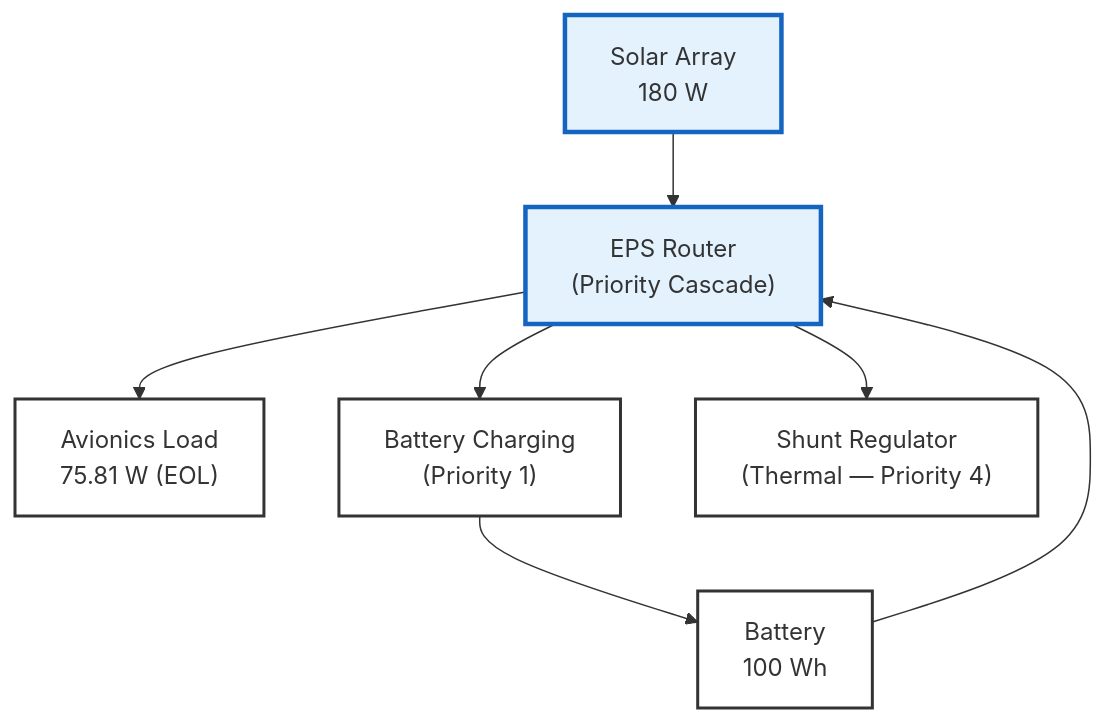
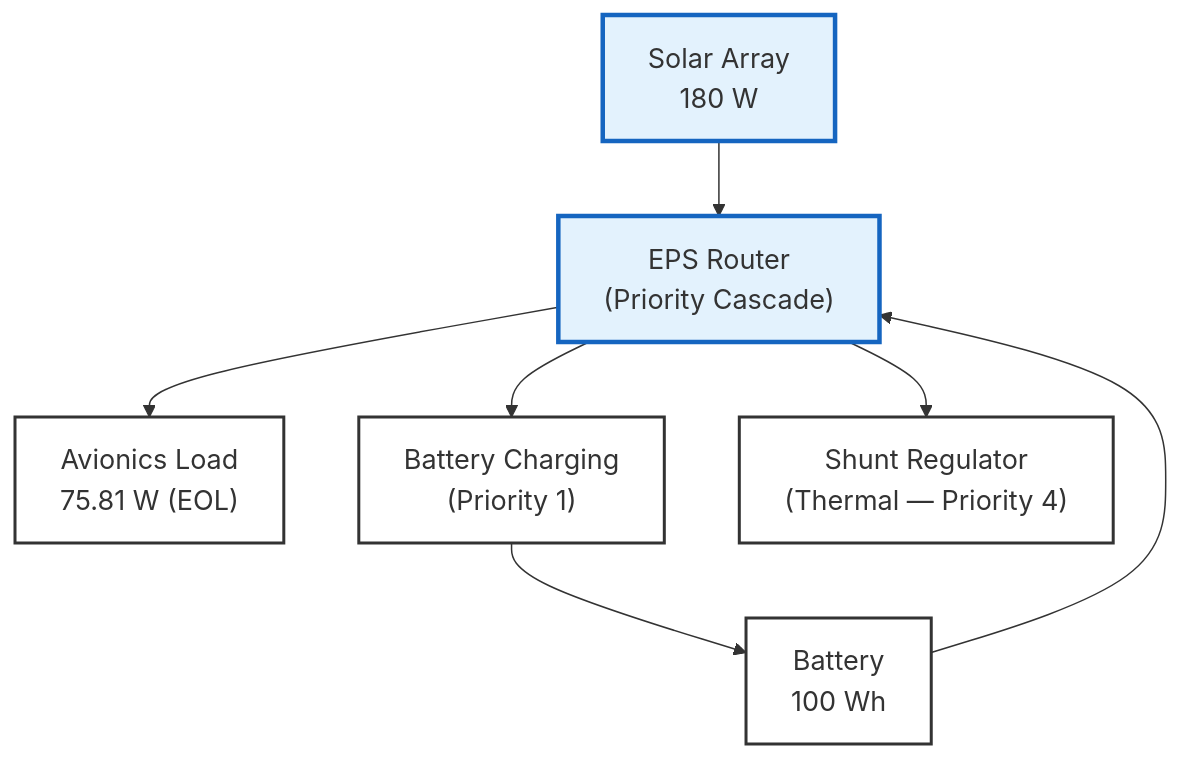
The fourth of 8 diagrams in README.md (chetan0021/spacecraft-eps-power-budget), drawn with Mermaid before and after one commit. The commit also changed other lines of this file, not shown here.

Commit message:
docs: overhaul Mermaid diagrams for visibility and add hifi spacecraft silhouette

````diff
--- a/README.md
+++ b/README.md
@@ -178,23 +185,23 @@
 ```mermaid
 flowchart TD
-    %% Styling
-    classDef default font-family:Inter,font-size:16px,color:#333,stroke-width:2px;
-    classDef nodeStyle fill:#ffffff,stroke:#333,stroke-width:2px;
-    classDef highlight fill:#e3f2fd,stroke:#1565c0,stroke-width:3px;
+    %% Styling and Contrast
+    classDef default font-family:Inter,font-size:18px,color:#333,stroke-width:2px;
+    classDef nodeStyle fill:#ffffff,stroke:#333,stroke-width:2px,color:#333;
+    classDef highlight fill:#e3f2fd,stroke:#1565c0,stroke-width:3px,color:#333;
 
     SolarArray["Solar Array\n180 W"]:::highlight
     EPS["EPS Router\n(Priority Cascade)"]:::highlight
     
     AvionicsLoad["Avionics Load\n75.81 W (EOL)"]:::nodeStyle
     BatteryCharging["Battery Charging\n(Priority 1)"]:::nodeStyle
     ShuntRegulator["Shunt Regulator\n(Thermal — Priority 4)"]:::nodeStyle
     
     Battery["Battery\n100 Wh"]:::nodeStyle
 
     SolarArray --> EPS
     EPS --> AvionicsLoad
     EPS --> BatteryCharging
     EPS --> ShuntRegulator
     BatteryCharging --> Battery
     Battery --> EPS
 ```
````
